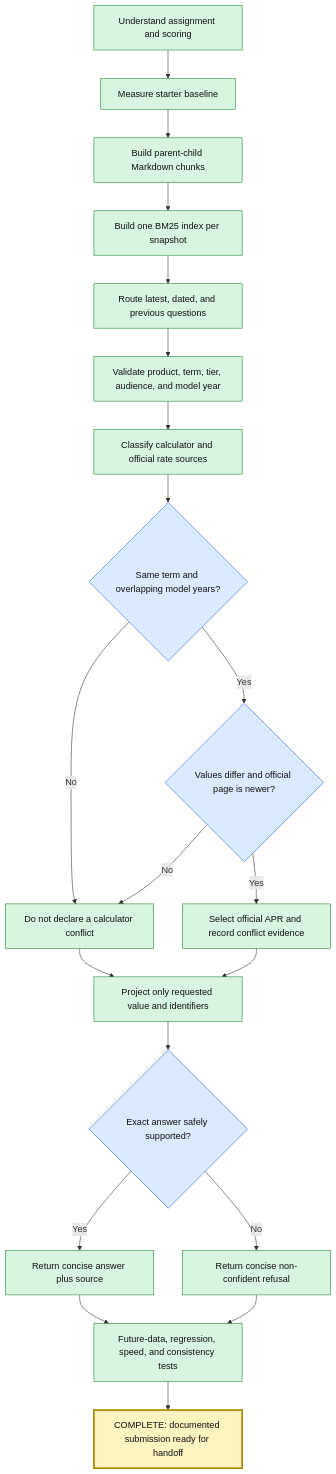
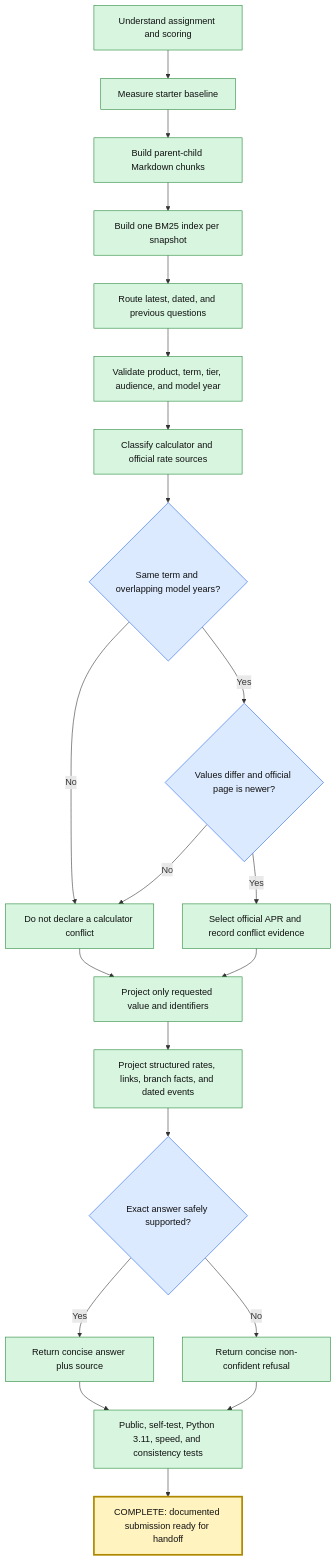
Before and after one commit to Varma904/knowledge-hackathon-submission: the first of 3 diagrams in PROJECT_FLOW.md, drawn with Mermaid. The commit also changed other lines of this file and 4 other files, not shown here.

````diff
--- a/PROJECT_FLOW.md
+++ b/PROJECT_FLOW.md
@@ -23,30 +22,31 @@
 ```mermaid
 flowchart TD
     A[Understand assignment and scoring] --> B[Measure starter baseline]
     B --> C[Build parent-child Markdown chunks]
     C --> D[Build one BM25 index per snapshot]
     D --> E[Route latest, dated, and previous questions]
     E --> F[Validate product, term, tier, audience, and model year]
     F --> G[Classify calculator and official rate sources]
     G --> H{Same term and overlapping model years?}
     H -->|No| I[Do not declare a calculator conflict]
     H -->|Yes| J{Values differ and official page is newer?}
     J -->|No| I
     J -->|Yes| K[Select official APR and record conflict evidence]
     K --> L[Project only requested value and identifiers]
     I --> L
-    L --> M{Exact answer safely supported?}
+    L --> LA[Project structured rates, links, branch facts, and dated events]
+    LA --> M{Exact answer safely supported?}
     M -->|Yes| N[Return concise answer plus source]
     M -->|No| O[Return concise non-confident refusal]
-    N --> P[Future-data, regression, speed, and consistency tests]
+    N --> P[Public, self-test, Python 3.11, speed, and consistency tests]
     O --> P
     P --> Q[COMPLETE: documented submission ready for handoff]
 
     classDef complete fill:#d7f5df,stroke:#238636,color:#111;
     classDef decision fill:#dbeafe,stroke:#2563eb,color:#111;
     classDef current fill:#fff3bf,stroke:#b08800,stroke-width:3px,color:#111;
 
-    class A,B,C,D,E,F,G,I,K,L,N,O,P complete;
+    class A,B,C,D,E,F,G,I,K,L,LA,N,O,P complete;
     class H,J,M decision;
     class Q current;
 ```
````
